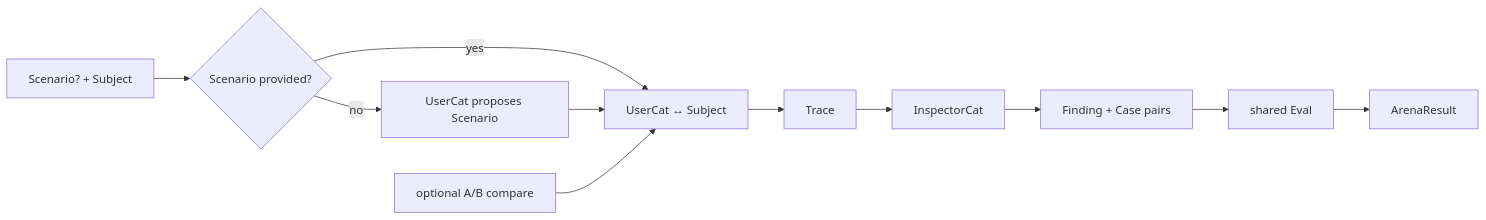
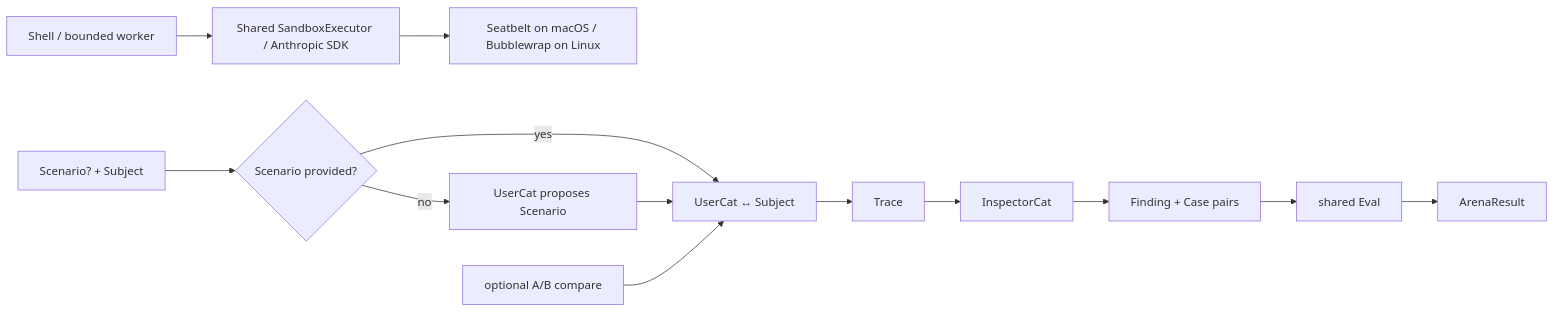
One commit to fightheyyy/xiaobaOS changed the second of 2 diagrams in docs/arena/SPEC.md. Above: the diagram before and after it, drawn with Mermaid. The commit also changed other lines of this file and 129 other files, not shown here.

````diff
--- a/docs/arena/SPEC.md
+++ b/docs/arena/SPEC.md
@@ -63,14 +65,16 @@
 ```mermaid
 flowchart LR
+    Execution["Shell / bounded worker"] --> Sandbox["Shared SandboxExecutor / Anthropic SDK"]
+    Sandbox --> Native["Seatbelt on macOS / Bubblewrap on Linux"]
     Input["Scenario? + Subject"] --> Seed{"Scenario provided?"}
     Seed -->|yes| Run["UserCat ↔ Subject"]
     Seed -->|no| Propose["UserCat proposes Scenario"]
     Propose --> Run
     Run --> Trace["Trace"]
     Trace --> Inspect["InspectorCat"]
     Inspect --> Cases["Finding + Case pairs"]
     Cases --> SharedEval["shared Eval"]
     SharedEval --> ArenaResult["ArenaResult"]
 
     Compare["optional A/B compare"] --> Run
 ```
````
